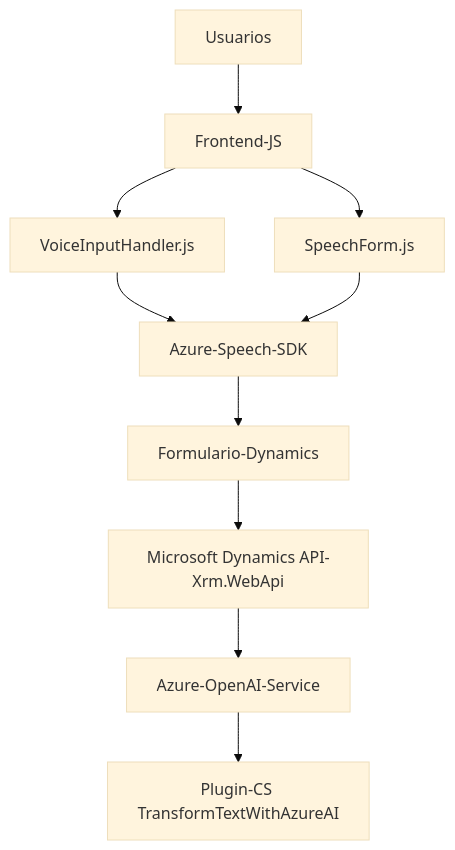
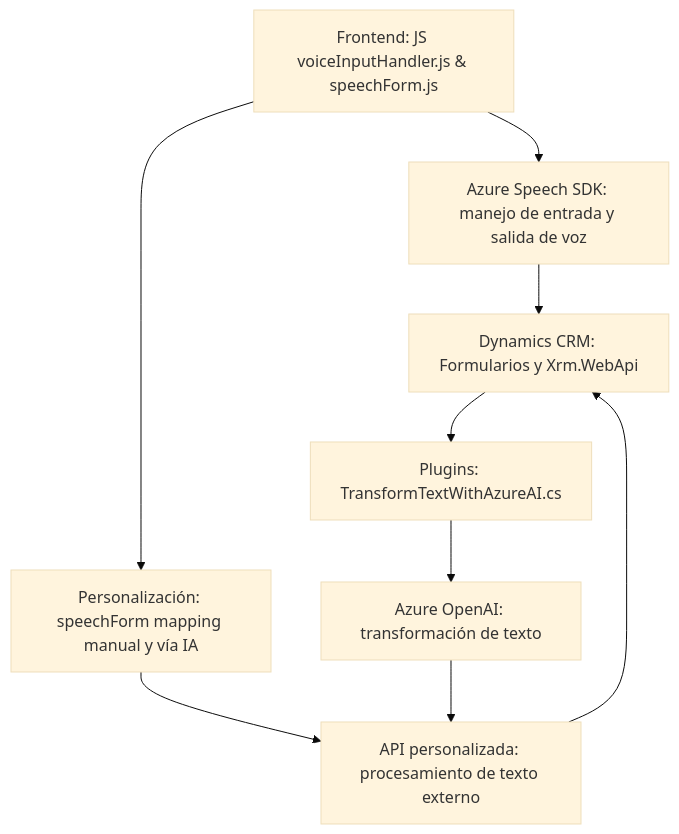
The diagram in README.md (blopezdm/NETCORE_BILBAO2025), drawn with Mermaid (base theme) before and after one commit. The commit also changed other lines of this file, not shown here.

````diff
--- a/README.md
+++ b/README.md
@@ -37,12 +41,19 @@
 ```mermaid
 graph TD
-    A["Frontend-JS"] --> B["VoiceInputHandler.js"]
-    A --> C["SpeechForm.js"]
-    B --> D["Azure-Speech-SDK"]
-    C --> D
-    D --> E["Formulario-Dynamics"]
-    E --> F["Microsoft Dynamics API-Xrm.WebApi"]
-    F --> G["Azure-OpenAI-Service"]
-    G --> H["Plugin-CS TransformTextWithAzureAI"]
-    I["Usuarios"] --> A
+    A["Frontend: JS voiceInputHandler.js & speechForm.js"]
+    B["Azure Speech SDK: manejo de entrada y salida de voz"]
+    C["Dynamics CRM: Formularios y Xrm.WebApi"]
+    D["Personalización: speechForm mapping manual y vía IA"]
+    E["API personalizada: procesamiento de texto externo"]
+    F["Plugins: TransformTextWithAzureAI.cs"]
+    G["Azure OpenAI: transformación de texto"]
+
+    A --> B
+    B --> C
+    A --> D
+    D --> E
+    E --> C
+    C --> F
+    F --> G
+    G --> E
 ```
````
